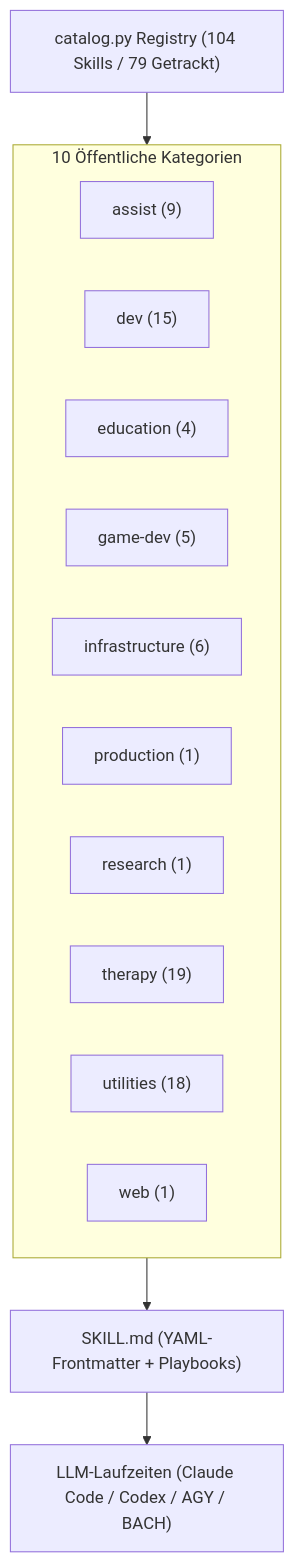
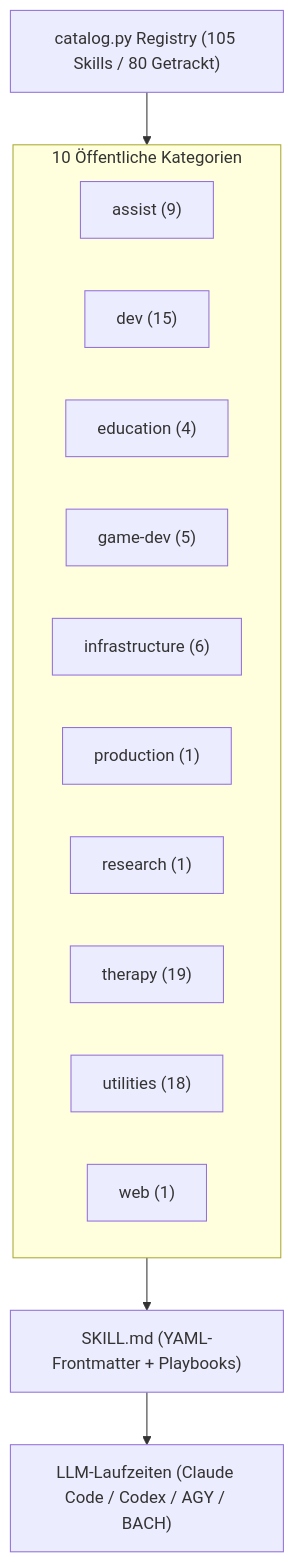
One commit to ellmos-ai/skills changed the diagram in README_de.md. Above: the diagram before and after it, drawn with Mermaid. The commit also changed other lines of this file and 16 other files, not shown here.

````diff
--- a/README_de.md
+++ b/README_de.md
@@ -31,18 +31,18 @@
 ```mermaid
 flowchart TD
-    Catalog["catalog.py Registry (104 Skills / 79 Getrackt)"] --> Categories
+    Catalog["catalog.py Registry (105 Skills / 80 Getrackt)"] --> Categories
     subgraph Categories ["10 Öffentliche Kategorien"]
         Assist["assist (9)"]
         Dev["dev (15)"]
         Edu["education (4)"]
         Game["game-dev (5)"]
         Infra["infrastructure (6)"]
         Prod["production (1)"]
         Res["research (1)"]
         Therapy["therapy (19)"]
         Utils["utilities (18)"]
         Web["web (1)"]
     end
     Categories --> Specs["SKILL.md (YAML-Frontmatter + Playbooks)"]
     Specs --> Runtimes["LLM-Laufzeiten (Claude Code / Codex / AGY / BACH)"]
 ```
````
